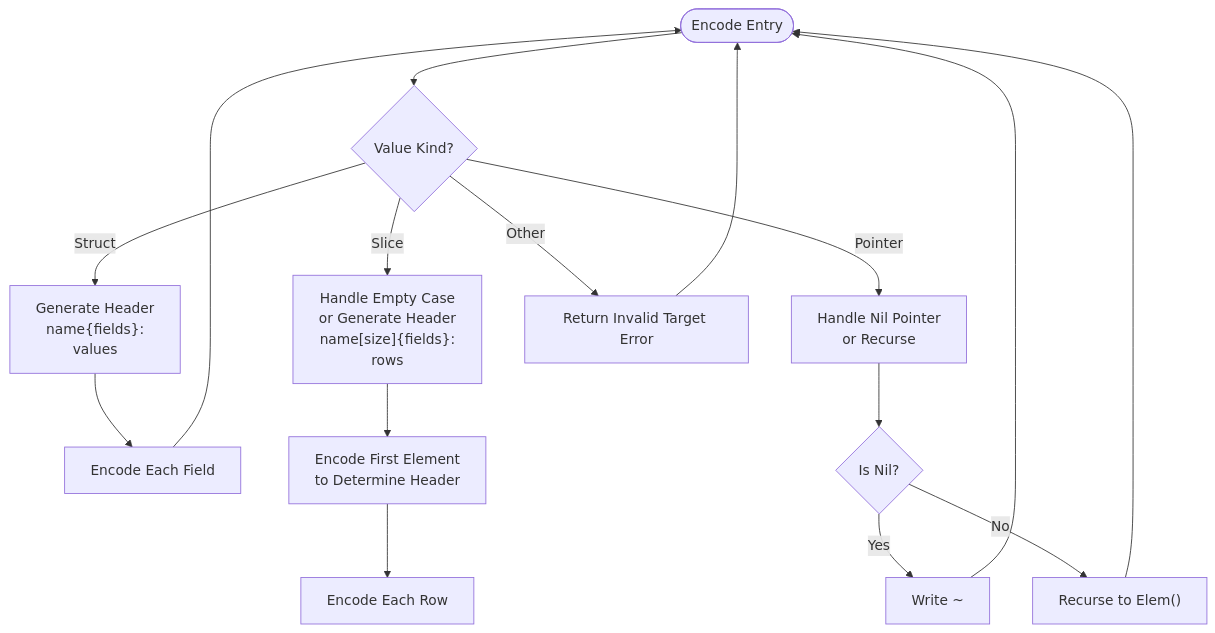
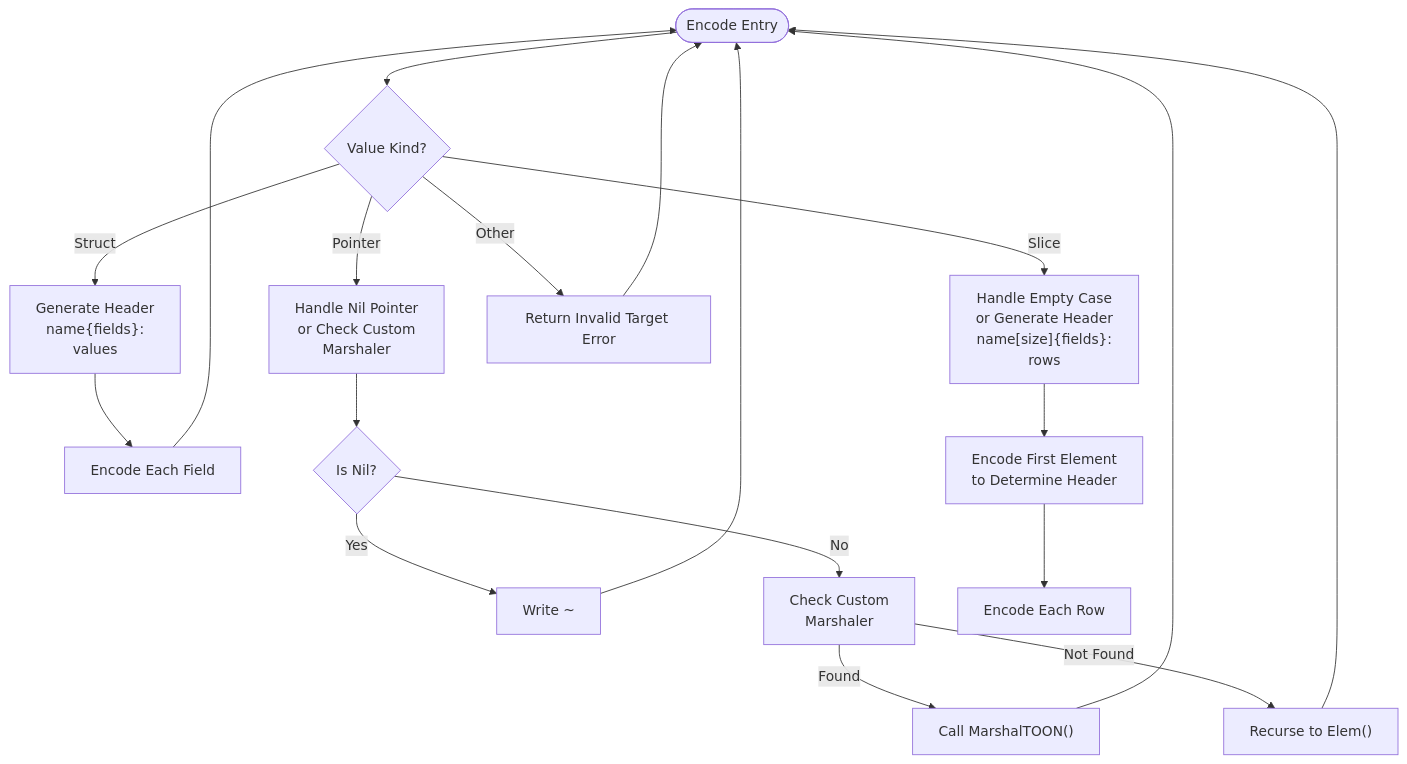
Diagram 13 of 17 in .qoder/repowiki/en/content/Decoder Engine.md (OTumanov/go-toon), drawn with Mermaid before and after one commit. The commit also changed other lines of this file and 11 other files, not shown here.

First line of the commit message:
feat: add Pre-flight Schema + Token Calculator to toongen

````diff
--- a/.qoder/repowiki/en/content/Decoder Engine.md
+++ b/.qoder/repowiki/en/content/Decoder Engine.md
@@ -342,18 +578,21 @@
 ```mermaid
 flowchart TD
 ENCODE_START([Encode Entry]) --> CHECK_KIND{"Value Kind?"}
 CHECK_KIND --> |Struct| ENCODE_STRUCT["Generate Header<br/>name{fields}:<br/>values"]
 CHECK_KIND --> |Slice| ENCODE_SLICE["Handle Empty Case<br/>or Generate Header<br/>name[size]{fields}:<br/>rows"]
-CHECK_KIND --> |Pointer| HANDLE_POINTER["Handle Nil Pointer<br/>or Recurse"]
+CHECK_KIND --> |Pointer| HANDLE_POINTER["Handle Nil Pointer<br/>or Check Custom<br/>Marshaler"]
 CHECK_KIND --> |Other| INVALID_TARGET["Return Invalid Target Error"]
 ENCODE_STRUCT --> ENCODE_VALUES["Encode Each Field"]
 ENCODE_SLICE --> ENCODE_FIRST["Encode First Element<br/>to Determine Header"]
 HANDLE_POINTER --> CHECK_NIL{"Is Nil?"}
 CHECK_NIL --> |Yes| WRITE_NULL["Write ~"]
-CHECK_NIL --> |No| RECURSE_VALUE["Recurse to Elem()"]
+CHECK_NIL --> |No| CHECK_CUSTOM["Check Custom<br/>Marshaler"]
+CHECK_CUSTOM --> |Found| CALL_CUSTOM["Call MarshalTOON()"]
+CHECK_CUSTOM --> |Not Found| RECURSE_VALUE["Recurse to Elem()"]
 ENCODE_VALUES --> ENCODE_START
 ENCODE_FIRST --> ENCODE_ROWS["Encode Each Row"]
 WRITE_NULL --> ENCODE_START
+CALL_CUSTOM --> ENCODE_START
 RECURSE_VALUE --> ENCODE_START
 INVALID_TARGET --> ENCODE_START
 ```
````
